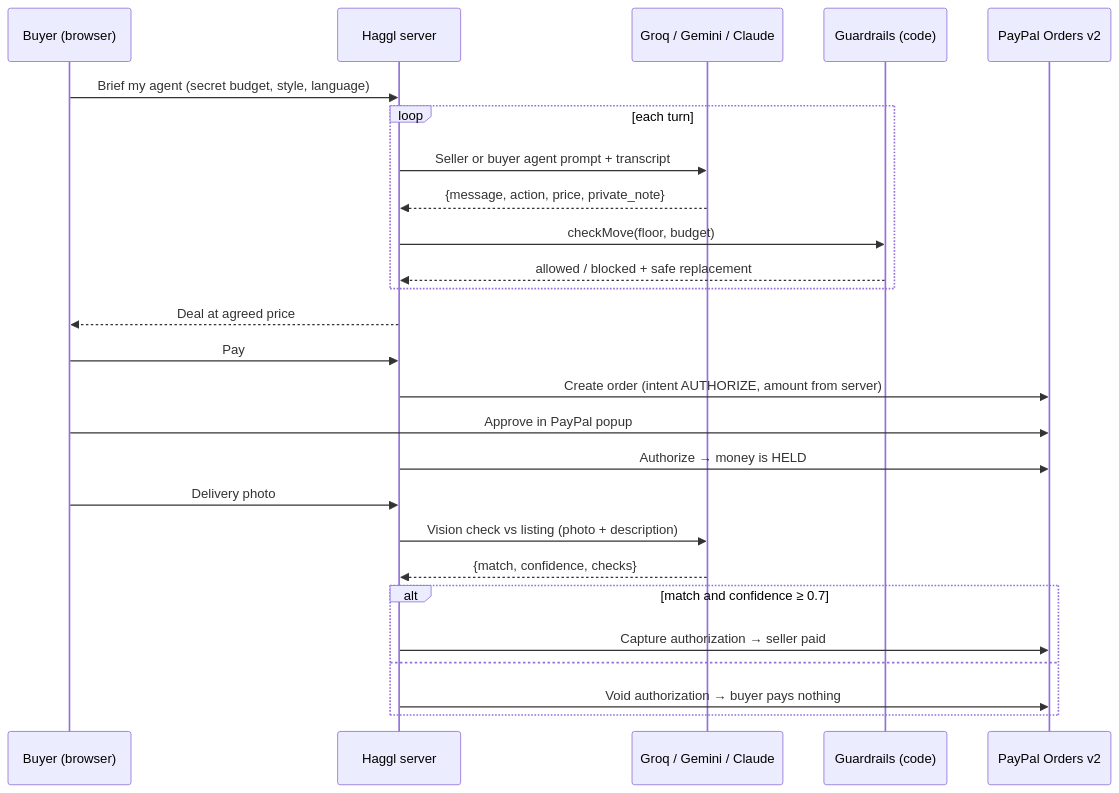
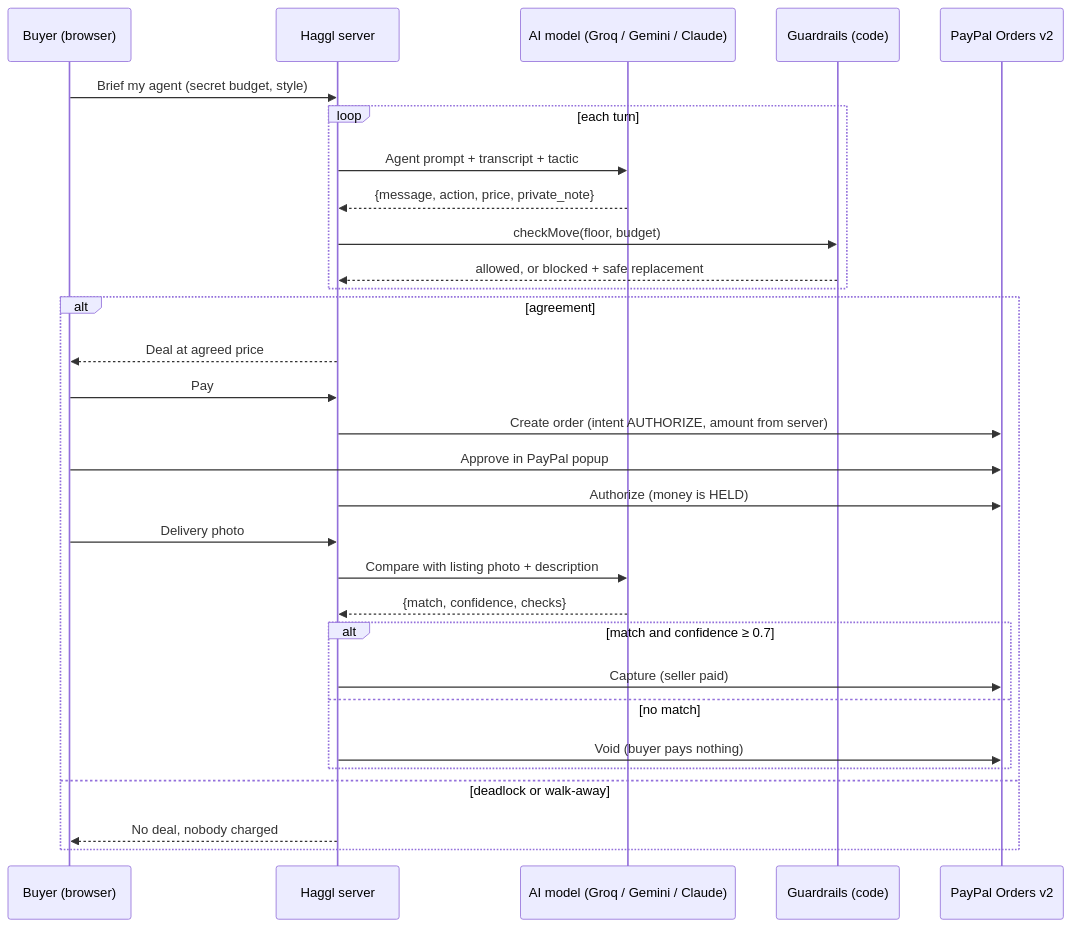
One commit to RaffayBaig/Haggl-your-AI-haggles.-PayPal-holds.-You-pay-on-proof changed the diagram in README.md. Above: the diagram before and after it, drawn with Mermaid. The commit also changed other lines of this file, not shown here.

````diff
--- a/README.md
+++ b/README.md
@@ -49,29 +91,33 @@
 ```mermaid
 sequenceDiagram
   participant B as Buyer (browser)
   participant S as Haggl server
-  participant AI as Groq / Gemini / Claude
+  participant AI as AI model (Groq / Gemini / Claude)
   participant G as Guardrails (code)
   participant P as PayPal Orders v2
 
-  B->>S: Brief my agent (secret budget, style, language)
+  B->>S: Brief my agent (secret budget, style)
   loop each turn
-    S->>AI: Seller or buyer agent prompt + transcript
+    S->>AI: Agent prompt + transcript + tactic
     AI-->>S: {message, action, price, private_note}
     S->>G: checkMove(floor, budget)
-    G-->>S: allowed / blocked + safe replacement
+    G-->>S: allowed, or blocked + safe replacement
   end
-  S-->>B: Deal at agreed price
-  B->>S: Pay
-  S->>P: Create order (intent AUTHORIZE, amount from server)
-  B->>P: Approve in PayPal popup
-  S->>P: Authorize → money is HELD
-  B->>S: Delivery photo
-  S->>AI: Vision check vs listing (photo + description)
-  AI-->>S: {match, confidence, checks}
-  alt match and confidence ≥ 0.7
-    S->>P: Capture authorization → seller paid
-  else
-    S->>P: Void authorization → buyer pays nothing
+  alt agreement
+    S-->>B: Deal at agreed price
+    B->>S: Pay
+    S->>P: Create order (intent AUTHORIZE, amount from server)
+    B->>P: Approve in PayPal popup
+    S->>P: Authorize (money is HELD)
+    B->>S: Delivery photo
+    S->>AI: Compare with listing photo + description
+    AI-->>S: {match, confidence, checks}
+    alt match and confidence ≥ 0.7
+      S->>P: Capture (seller paid)
+    else no match
+      S->>P: Void (buyer pays nothing)
+    end
+  else deadlock or walk-away
+    S-->>B: No deal, nobody charged
   end
 ```
````
